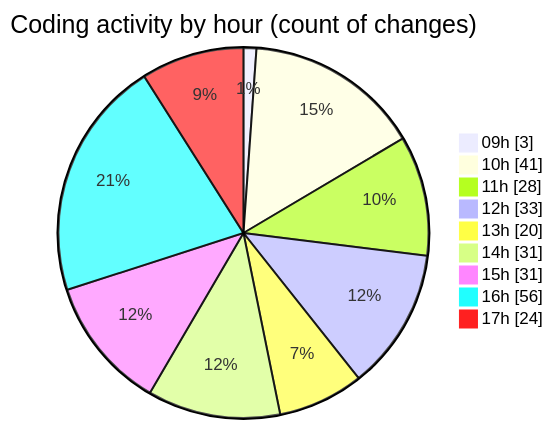
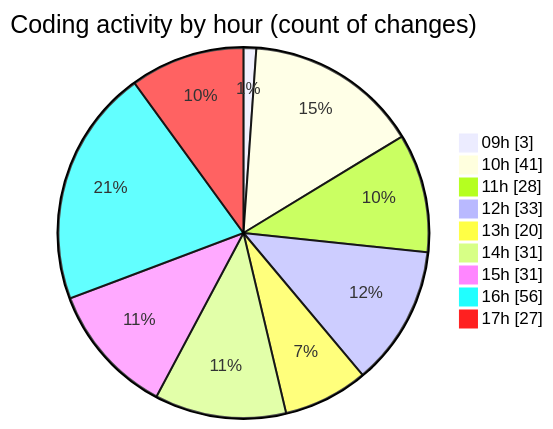
One commit to CELIANVF/code-tracking changed the second of 2 diagrams in 2025-05-19/ecodeli-1/README.md. Above: the diagram before and after it, drawn with Mermaid. The commit also changed other lines of this file and 1 other file, not shown here.

````diff
--- a/2025-05-19/ecodeli-1/README.md
+++ b/2025-05-19/ecodeli-1/README.md
@@ -102,13 +102,13 @@
 ```mermaid
 pie showData
 title Coding activity by hour (count of changes)
 "09h" : 3
 "10h" : 41
 "11h" : 28
 "12h" : 33
 "13h" : 20
 "14h" : 31
 "15h" : 31
 "16h" : 56
-"17h" : 24
+"17h" : 27
 ```
````
